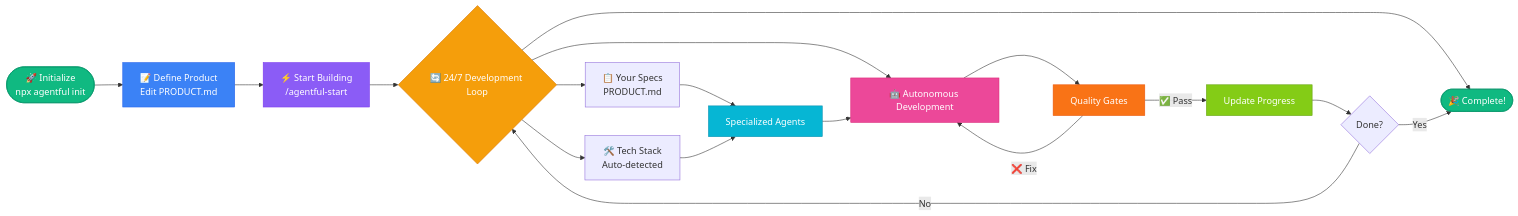
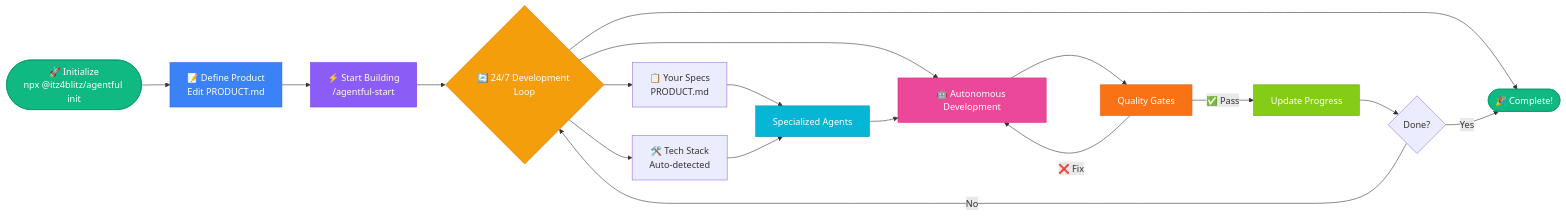
The diagram in template/CLAUDE.md (itz4blitz/agentful), drawn with Mermaid before and after one commit. The commit also changed other lines of this file and 97 other files, not shown here.

````diff
--- a/template/CLAUDE.md
+++ b/template/CLAUDE.md
@@ -64,31 +100,31 @@
 ```mermaid
 flowchart LR
-    Start([🚀 Initialize<br/>npx agentful init]) --> Define[📝 Define Product<br/>Edit PRODUCT.md]
+    Start([🚀 Initialize<br/>npx @itz4blitz/agentful init]) --> Define[📝 Define Product<br/>Edit PRODUCT.md]
     Define --> Build[⚡ Start Building<br/>/agentful-start]
     Build --> Loop{🔄 24/7 Development Loop}
 
     Loop --> Spec[📋 Your Specs<br/>PRODUCT.md]
     Loop --> Tech[🛠️ Tech Stack<br/>Auto-detected]
     Loop --> Dev[🤖 Autonomous Development]
     Loop --> Complete[✅ 100% Complete]
 
     Spec --> Agents[Specialized Agents]
     Tech --> Agents
     Agents --> Dev
     Dev --> Validate[Quality Gates]
     Validate -->|❌ Fix| Dev
     Validate -->|✅ Pass| Update[Update Progress]
     Update --> Check{Done?}
     Check -->|No| Loop
     Check -->|Yes| Complete([🎉 Complete!])
 
     style Start fill:#10b981,stroke:#059669,color:#fff
     style Define fill:#3b82f6,stroke:#2563eb,color:#fff
     style Build fill:#8b5cf6,stroke:#7c3aed,color:#fff
     style Loop fill:#f59e0b,stroke:#d97706,color:#fff
     style Agents fill:#06b6d4,stroke:#0891b2,color:#fff
     style Dev fill:#ec4899,stroke:#db2777,color:#fff
     style Validate fill:#f97316,stroke:#ea580c,color:#fff
     style Update fill:#84cc16,stroke:#65a30d,color:#fff
     style Complete fill:#10b981,stroke:#059669,color:#fff
 ```
````
